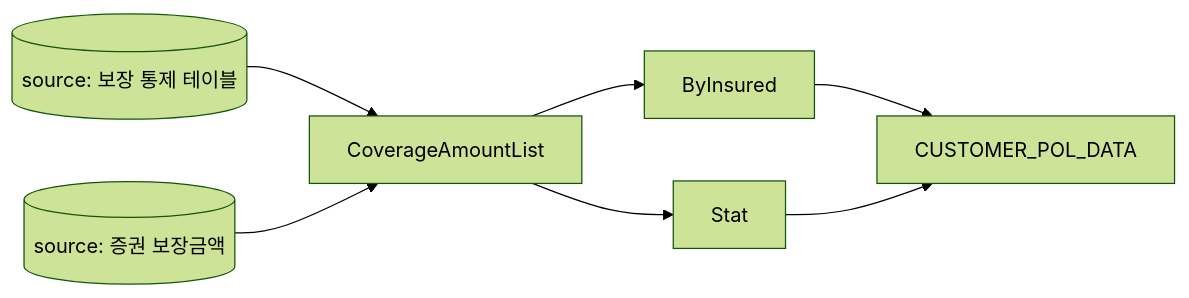
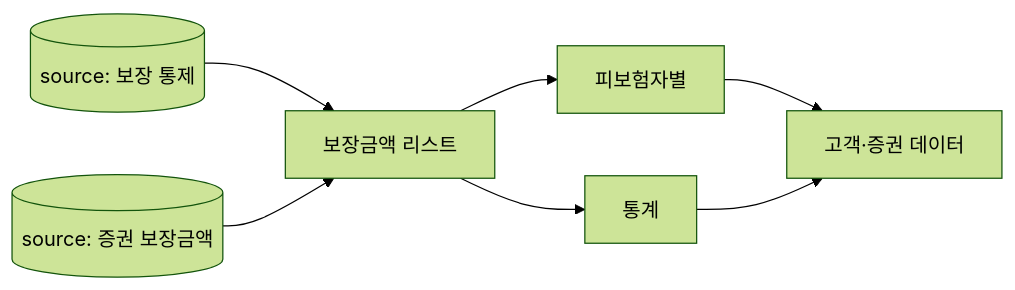
One commit to kgeonhoe/Blog changed the fourth of 4 diagrams in content/Projects/customer-analytics-mart/고객마트 리니지 분석.md. Above: the diagram before and after it, drawn with Mermaid (forest theme). The commit also changed other lines of this file and 6 other files, not shown here.

````diff
--- a/content/Projects/customer-analytics-mart/고객마트 리니지 분석.md
+++ b/content/Projects/customer-analytics-mart/고객마트 리니지 분석.md
@@ -114,9 +103,9 @@
 ```mermaid
 graph LR
-  S1[(source: 보장 통제 테이블)] --> L[CoverageAmountList]
-  S2[(source: 증권 보장금액)] --> L
-  L --> BI[ByInsured]
-  L --> ST[Stat]
-  BI --> DATA[CUSTOMER_POL_DATA]
+  S1[("source: 보장 통제")] --> L["보장금액 리스트"]
+  S2[("source: 증권 보장금액")] --> L
+  L --> BI["피보험자별"]
+  L --> ST["통계"]
+  BI --> DATA["고객·증권 데이터"]
   ST --> DATA
 ```
````
